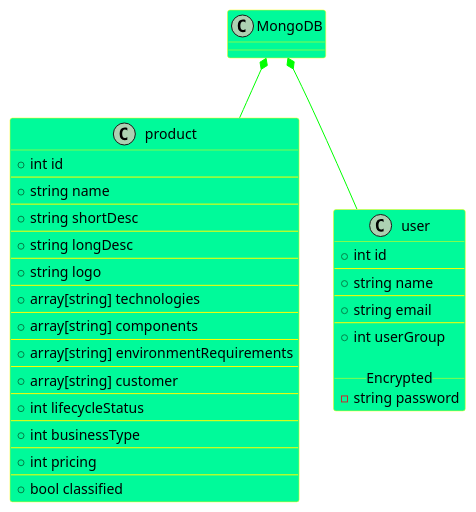
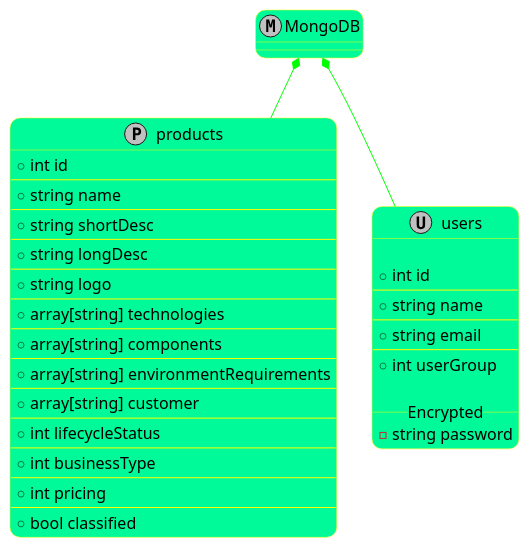
Before and after one commit to martimik/TuHlaRi-core: the eighth of 8 diagrams in dokumentit/02-vaatimusmaarittely/vaatimusmaarittely.md, drawn with PlantUML.

````diff
--- a/dokumentit/02-vaatimusmaarittely/vaatimusmaarittely.md
+++ b/dokumentit/02-vaatimusmaarittely/vaatimusmaarittely.md
@@ -490,64 +490,70 @@
 ```plantuml
+skinparam roundcorner 20
 skinparam sequence {
 	ArrowColor GreenYellow
 	ActorBorderColor GreenYellow
 	ActorBackgroundColor SpringGreen
 	ActorFontColor Black
 	ActorFontSize 17
 	ActorFontName Aapex
 }
 
 skinparam class {
 	BackgroundColor MediumSpringGreen
 	BorderColor Yellow
 
 	ArrowColor Lime
 	ActorBorderColor black
 	ActorFontName Courier
+	FontSize 20
+	AttributeFontSize 16
 }
 
-MongoDB *-- product
-MongoDB *-- user
+MongoDB *-- products
+MongoDB *-- users
 
-class product {
+class MongoDB << (M, Silver) >>
+
+class products << (P, Silver) >> {
  +int id
 --
  +string name
 --
  +string shortDesc
 --
  +string longDesc
 --
  +string logo
 --
  +array[string] technologies
 --
  +array[string] components
 --
  +array[string] environmentRequirements
 --
  +array[string] customer
 --
  +int lifecycleStatus
 --
  +int businessType
 --
  +int pricing
 --
  +bool classified
 }
 
-class user {
+class users << (U, Silver) >> {
+
   +int id
 --
   +string name
 --
   +string email
 --
   +int userGroup
 
 __ Encrypted __
   -string password
 }
 
 ```
````
